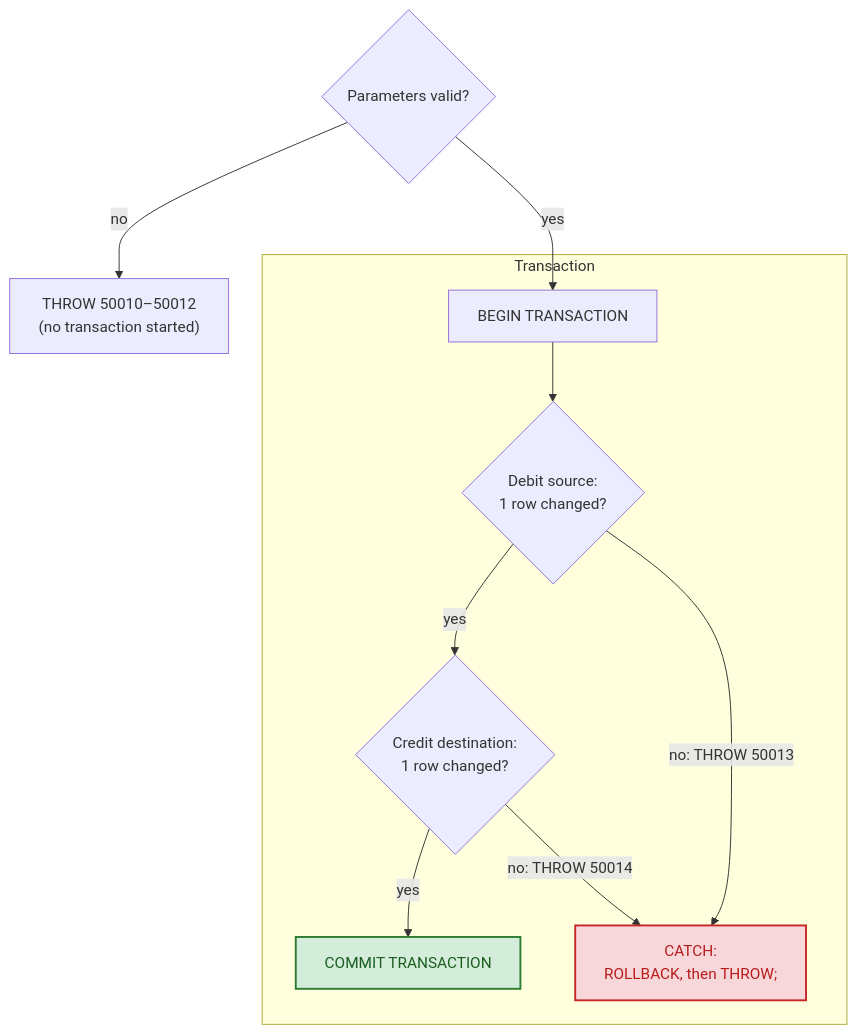
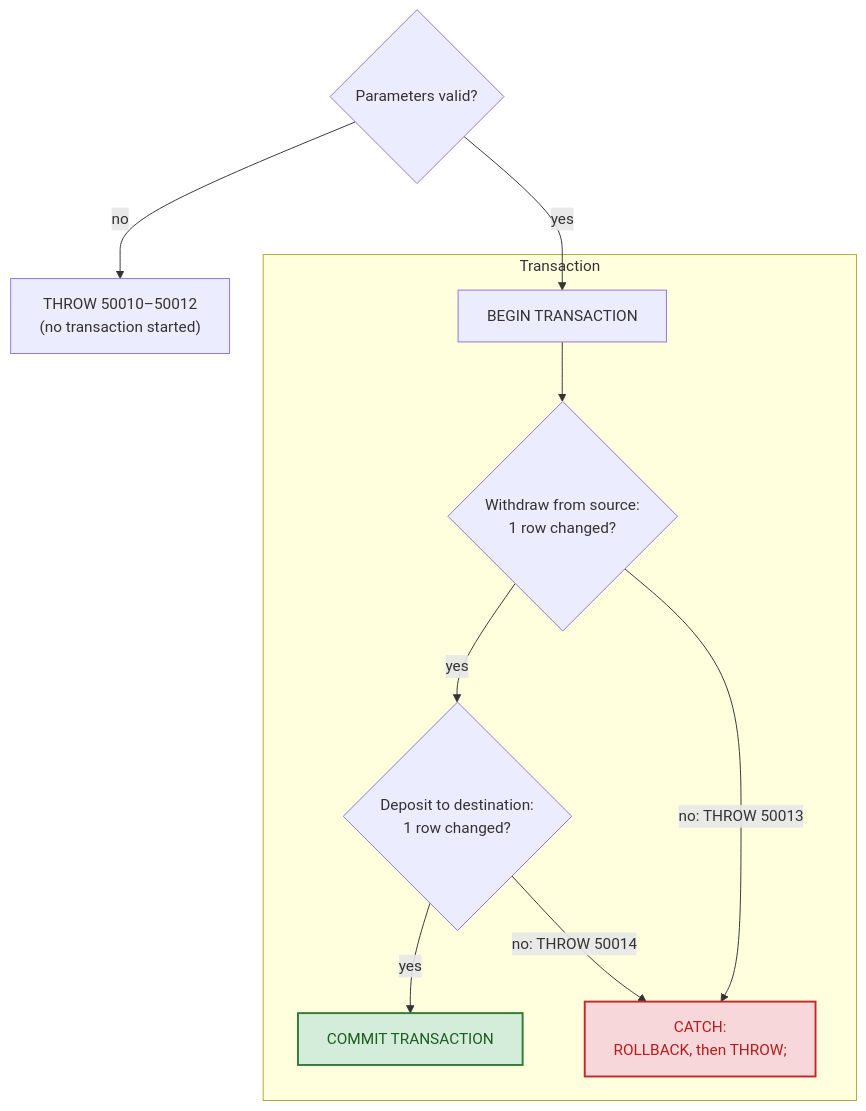
One commit to tjovic/database-design-labs-public changed the third of 8 diagrams in labs/lab09-transactions.md. Above: the diagram before and after it, drawn with Mermaid. The commit also changed other lines of this file, not shown here.

````diff
--- a/labs/lab09-transactions.md
+++ b/labs/lab09-transactions.md
@@ -907,17 +907,17 @@
 ```mermaid
 flowchart TD
     P{"Parameters valid?"} -->|"no"| E1["THROW 50010–50012<br/>(no transaction started)"]
     P -->|"yes"| B
     subgraph TRAN["Transaction"]
-        B["BEGIN TRANSACTION"] --> D{"Debit source:<br/>1 row changed?"}
-        D -->|"yes"| C{"Credit destination:<br/>1 row changed?"}
+        B["BEGIN TRANSACTION"] --> D{"Withdraw from source:<br/>1 row changed?"}
+        D -->|"yes"| C{"Deposit to destination:<br/>1 row changed?"}
         C -->|"yes"| CM["COMMIT TRANSACTION"]
         D -->|"no: THROW 50013"| X["CATCH:<br/>ROLLBACK, then THROW;"]
         C -->|"no: THROW 50014"| X
     end
 
     classDef committed fill:#d4edda,stroke:#2e7d32,stroke-width:2px,color:#1b5e20
     classDef failed fill:#f8d7da,stroke:#c62828,stroke-width:2px,color:#b71c1c
     class CM committed
     class X failed
 ```
````
